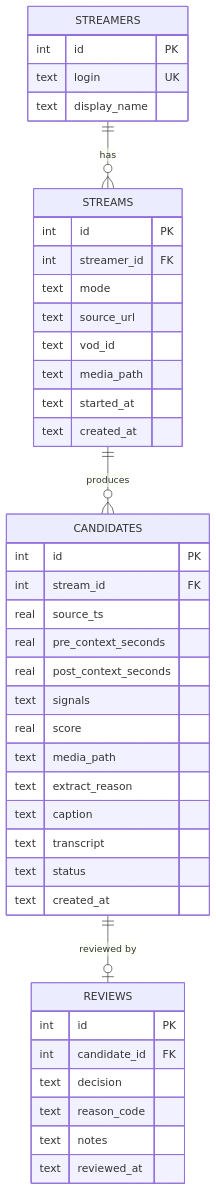
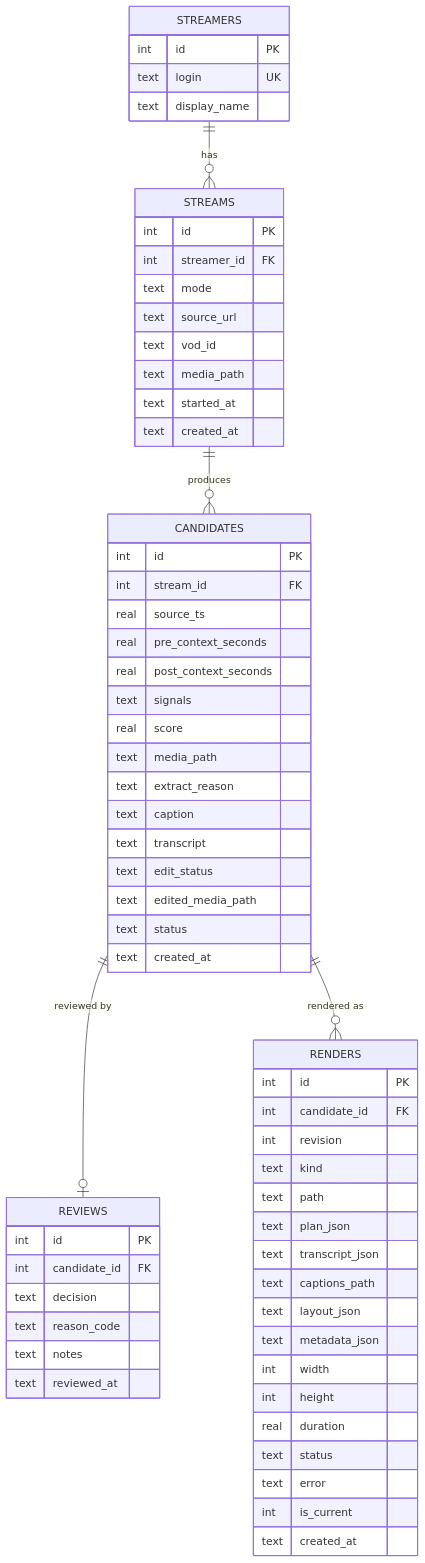
Before and after one commit to vuongj321/clippy: the third of 4 diagrams in docs/architecture.md, drawn with Mermaid. The commit also changed other lines of this file and 1 other file, not shown here.

````diff
--- a/docs/architecture.md
+++ b/docs/architecture.md
@@ -344,45 +379,67 @@
 ```mermaid
 erDiagram
   STREAMERS ||--o{ STREAMS : has
   STREAMS ||--o{ CANDIDATES : produces
   CANDIDATES ||--o| REVIEWS : "reviewed by"
+  CANDIDATES ||--o{ RENDERS : "rendered as"
 
   STREAMERS {
     int id PK
     text login UK
     text display_name
   }
   STREAMS {
     int id PK
     int streamer_id FK
     text mode
     text source_url
     text vod_id
     text media_path
     text started_at
     text created_at
   }
   CANDIDATES {
     int id PK
     int stream_id FK
     real source_ts
     real pre_context_seconds
     real post_context_seconds
     text signals
     real score
     text media_path
     text extract_reason
     text caption
     text transcript
+    text edit_status
+    text edited_media_path
     text status
     text created_at
   }
   REVIEWS {
     int id PK
     int candidate_id FK
     text decision
     text reason_code
     text notes
     text reviewed_at
   }
+  RENDERS {
+    int id PK
+    int candidate_id FK
+    int revision
+    text kind
+    text path
+    text plan_json
+    text transcript_json
+    text captions_path
+    text layout_json
+    text metadata_json
+    int width
+    int height
+    real duration
+    text status
+    text error
+    int is_current
+    text created_at
+  }
 ```
````
